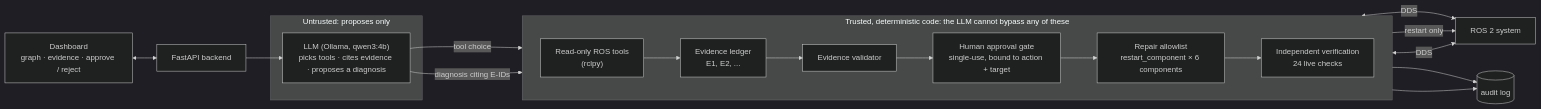
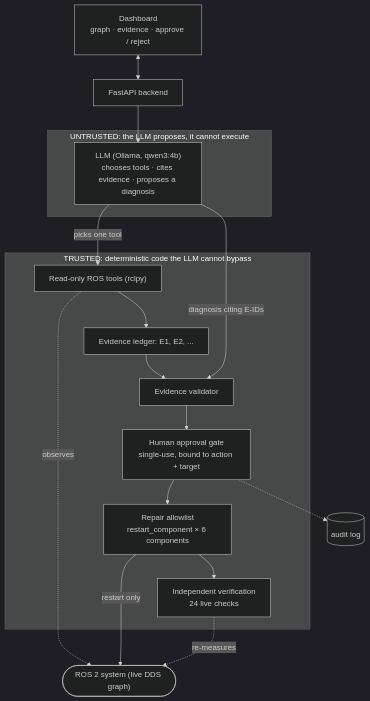
Before and after one commit to Greninja44/robotops: the diagram in README.md, drawn with Mermaid (dark theme). The commit also changed other lines of this file and 4 other files, not shown here.

Commit message:
Docs: top-down architecture diagram with trust boundaries, test counts, clean-clone record

````diff
--- a/README.md
+++ b/README.md
@@ -88,26 +88,25 @@
 ```mermaid
-flowchart LR
+flowchart TD
     UI["Dashboard<br/>graph · evidence · approve / reject"] <--> API["FastAPI backend"]
+    API --> LLM
 
-    subgraph LLMZone["Untrusted: proposes only"]
-        LLM["LLM (Ollama, qwen3:4b)<br/>picks tools · cites evidence · proposes a diagnosis"]
+    subgraph Untrusted["UNTRUSTED: the LLM proposes, it cannot execute"]
+        LLM["LLM (Ollama, qwen3:4b)<br/>chooses tools · cites evidence · proposes a diagnosis"]
     end
 
-    subgraph TB["Trusted, deterministic code: the LLM cannot bypass any of these"]
-        direction LR
-        Tools["Read-only ROS tools<br/>(rclpy)"] --> Ledger["Evidence ledger<br/>E1, E2, ..."]
+    subgraph Trusted["TRUSTED: deterministic code the LLM cannot bypass"]
+        Tools["Read-only ROS tools (rclpy)"] --> Ledger["Evidence ledger: E1, E2, ..."]
         Ledger --> Validator["Evidence validator"]
         Validator --> Gate["Human approval gate<br/>single-use, bound to action + target"]
         Gate --> Allow["Repair allowlist<br/>restart_component × 6 components"]
         Allow --> Verify["Independent verification<br/>24 live checks"]
     end
 
-    API --> LLM
-    LLM -->|"tool choice"| Tools
+    LLM -->|"picks one tool"| Tools
     LLM -->|"diagnosis citing E-IDs"| Validator
-    Tools <-->|DDS| Robot["ROS 2 system"]
-    Allow -->|restart only| Robot
-    Verify <-->|DDS| Robot
-    Validator --> Audit[("audit log")]
-    Gate --> Audit
+    Robot(["ROS 2 system (live DDS graph)"])
+    Tools -.->|observes| Robot
+    Allow -->|"restart only"| Robot
+    Verify -.->|re-measures| Robot
+    Gate -.-> Audit[("audit log")]
 ```
````
